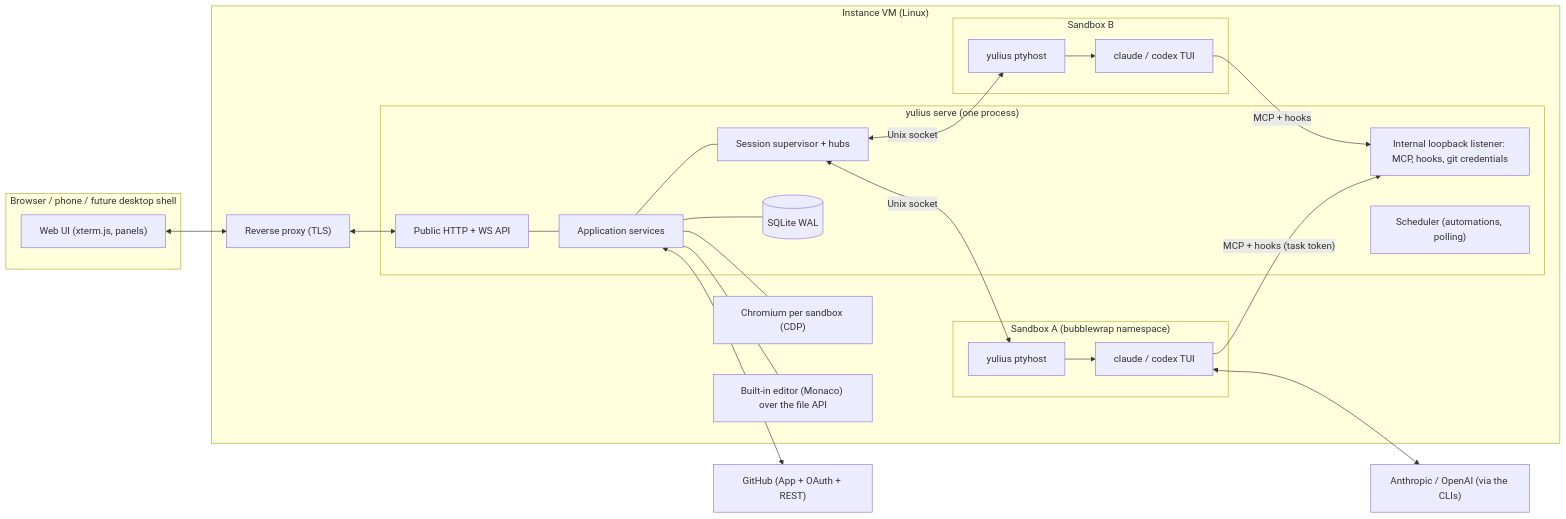
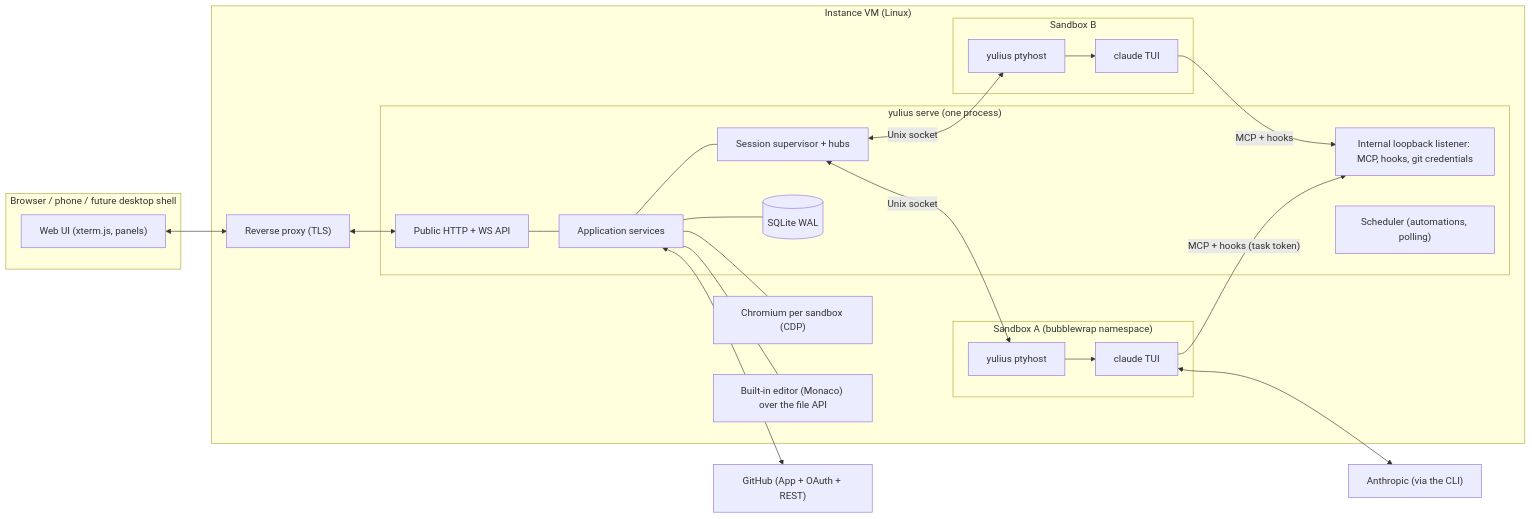
Before and after one commit to Quartio-Studio/yulius: the diagram in .ai/specs/SPEC-002-yulius-architecture.md, drawn with Mermaid. The commit also changed other lines of this file and 115 other files, not shown here.

````diff
--- a/.ai/specs/SPEC-002-yulius-architecture.md
+++ b/.ai/specs/SPEC-002-yulius-architecture.md
@@ -16,38 +16,38 @@
 ```mermaid
 flowchart LR
   subgraph Browser["Browser / phone / future desktop shell"]
     UI["Web UI (xterm.js, panels)"]
   end
   subgraph VM["Instance VM (Linux)"]
     RP["Reverse proxy (TLS)"]
     subgraph Server["yulius serve (one process)"]
       API["Public HTTP + WS API"]
       INT["Internal loopback listener: MCP, hooks, git credentials"]
       APP["Application services"]
       SUP["Session supervisor + hubs"]
       SCH["Scheduler (automations, polling)"]
       DB[("SQLite WAL")]
     end
     subgraph SB1["Sandbox A (bubblewrap namespace)"]
-      PH1["yulius ptyhost"] --> AG1["claude / codex TUI"]
+      PH1["yulius ptyhost"] --> AG1["claude TUI"]
     end
     subgraph SB2["Sandbox B"]
-      PH2["yulius ptyhost"] --> AG2["claude / codex TUI"]
+      PH2["yulius ptyhost"] --> AG2["claude TUI"]
     end
     CR["Chromium per sandbox (CDP)"]
     VS["Built-in editor (Monaco) over the file API"]
   end
   GH["GitHub (App + OAuth + REST)"]
-  PR["Anthropic / OpenAI (via the CLIs)"]
+  PR["Anthropic (via the CLI)"]
   UI <--> RP <--> API
   API --- APP --- DB
   APP --- SUP
   SUP <-->|"Unix socket"| PH1
   SUP <-->|"Unix socket"| PH2
   AG1 -->|"MCP + hooks (task token)"| INT
   AG2 -->|"MCP + hooks"| INT
   APP <--> GH
   AG1 <--> PR
   APP --- CR
   APP --- VS
 ```
````
